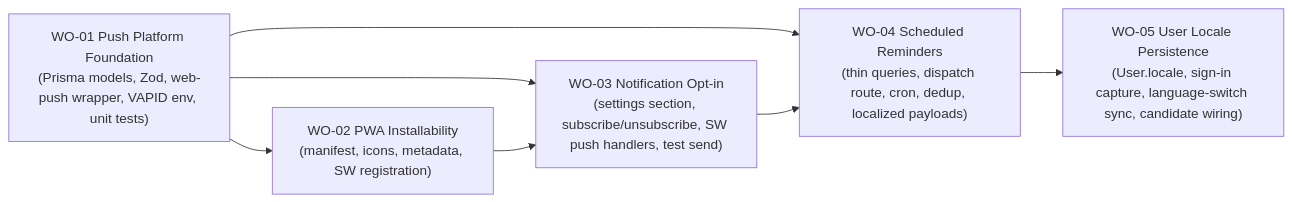
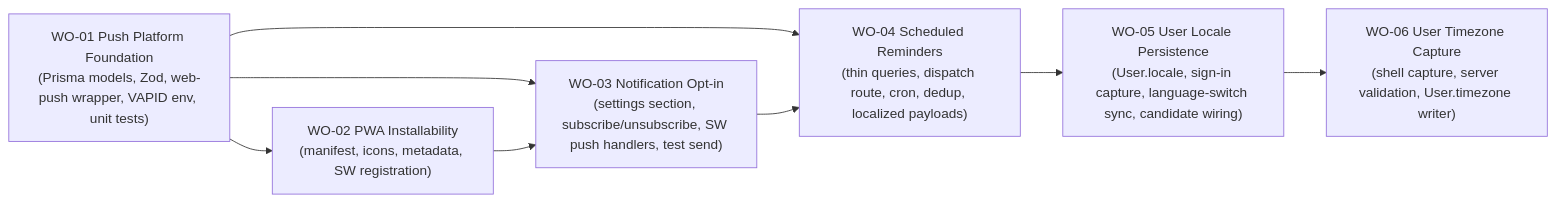
The diagram in docs/product/prd-02-collector-app/frd-09-reminders-and-notifications/bp-01-pwa-and-push-reminders-platform/bp-01-pwa-and-push-reminders-platform.md (MineiToshio/PandaTrack), drawn with Mermaid before and after one commit. The commit also changed other lines of this file and 12 other files, not shown here.

First line of the commit message:
feat(notifications): Capture the collector timezone from the app shell

````diff
--- a/docs/product/prd-02-collector-app/frd-09-reminders-and-notifications/bp-01-pwa-and-push-reminders-platform/bp-01-pwa-and-push-reminders-platform.md
+++ b/docs/product/prd-02-collector-app/frd-09-reminders-and-notifications/bp-01-pwa-and-push-reminders-platform/bp-01-pwa-and-push-reminders-platform.md
@@ -119,15 +120,17 @@
 ```mermaid
 flowchart LR
   WO01["WO-01 Push Platform Foundation<br/>(Prisma models, Zod, web-push wrapper, VAPID env, unit tests)"]
   WO02["WO-02 PWA Installability<br/>(manifest, icons, metadata, SW registration)"]
   WO03["WO-03 Notification Opt-in<br/>(settings section, subscribe/unsubscribe, SW push handlers, test send)"]
   WO04["WO-04 Scheduled Reminders<br/>(thin queries, dispatch route, cron, dedup, localized payloads)"]
   WO05["WO-05 User Locale Persistence<br/>(User.locale, sign-in capture, language-switch sync, candidate wiring)"]
+  WO06["WO-06 User Timezone Capture<br/>(shell capture, server validation, User.timezone writer)"]
 
   WO01 --> WO02
   WO01 --> WO03
   WO01 --> WO04
   WO02 --> WO03
   WO03 --> WO04
   WO04 --> WO05
+  WO05 --> WO06
 ```
````
